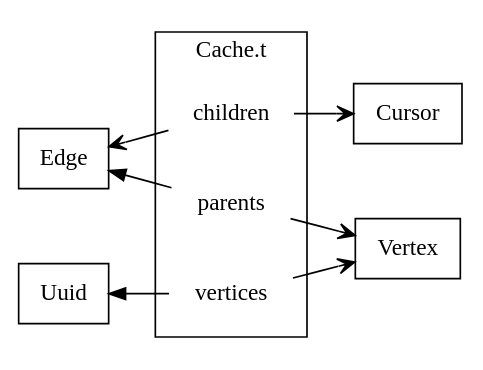
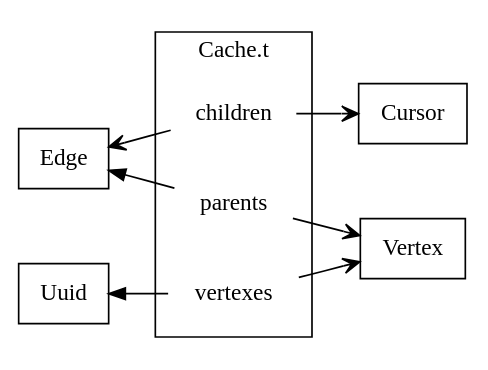
The diagram in src/grvdoc/cache_t.dot (hazelgrove/GRV), drawn with Graphviz before and after one commit. The commit also changed 2 other files, not shown here.

Commit message:
Rename vertices to vertexes

```diff
--- a/src/grvdoc/cache_t.dot
+++ b/src/grvdoc/cache_t.dot
@@ -1,28 +1,28 @@
 digraph G {
   rankdir=LR
   compound=true
   splines=true
   concentrate=true
 
   node [shape=box]
 
   Verte [label="Vertex"]
   Edg [label="Edge"]
   Uuid
 
   edge [arrowhead="vee"]
 
   subgraph cluster_cache {
     label="Cache.t"
 
     node [shape=none]
 
-    vertices; parents; children
+    vertexes; parents; children
   }
 
-  Uuid -> vertices [dir=back]
+  Uuid -> vertexes [dir=back]
   Edg -> parents [dir=back]
-  vertices -> Verte
+  vertexes -> Verte
   parents -> Verte
   children -> {Edg; Cursor}
 }
```
